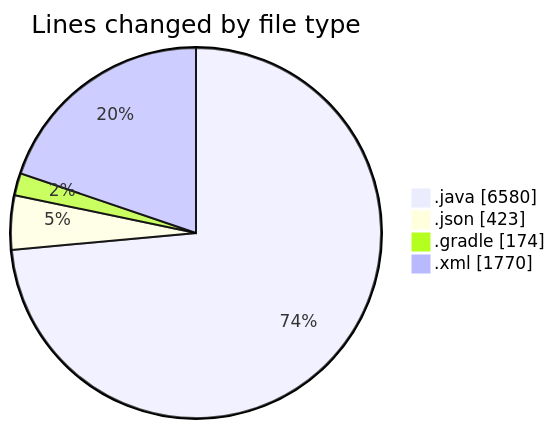
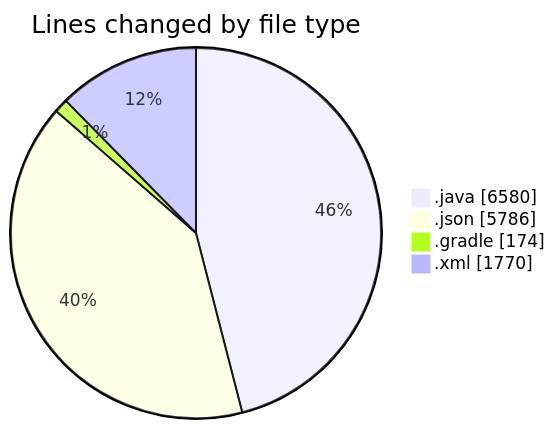
Before and after one commit to charlie-sans/code-tracking: the first of 2 diagrams in 2025-02-22/micros/README.md, drawn with Mermaid. The commit also changed other lines of this file and 1 other file, not shown here.

````diff
--- a/2025-02-22/micros/README.md
+++ b/2025-02-22/micros/README.md
@@ -68,8 +69,8 @@
 ```mermaid
 pie showData
 title Lines changed by file type
 ".java" : 6580
-".json" : 423
+".json" : 5786
 ".gradle" : 174
 ".xml" : 1770
 ```
````
